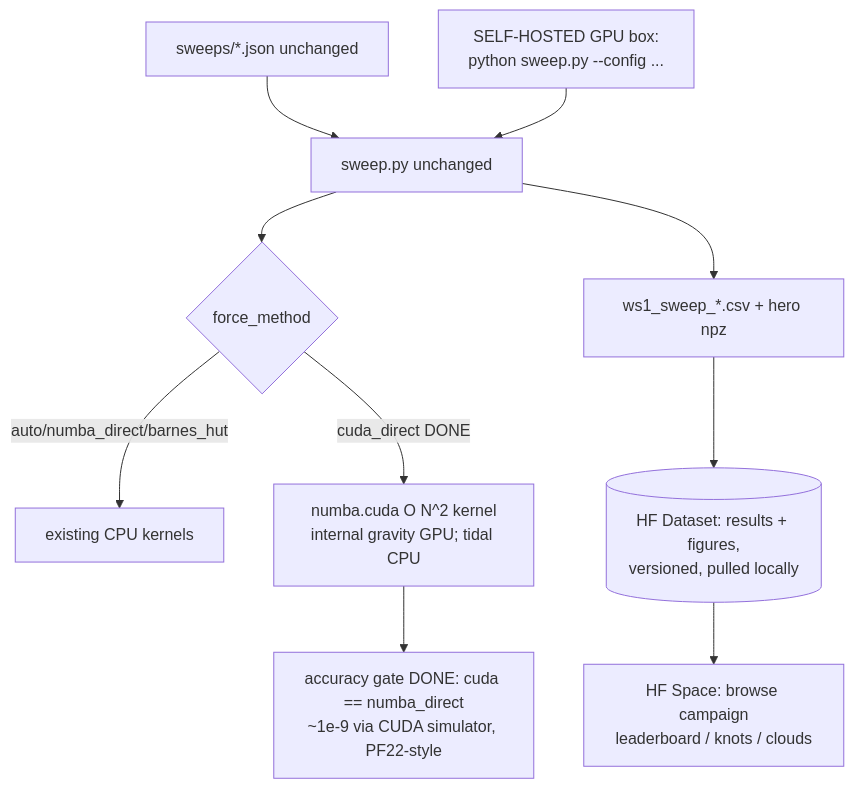
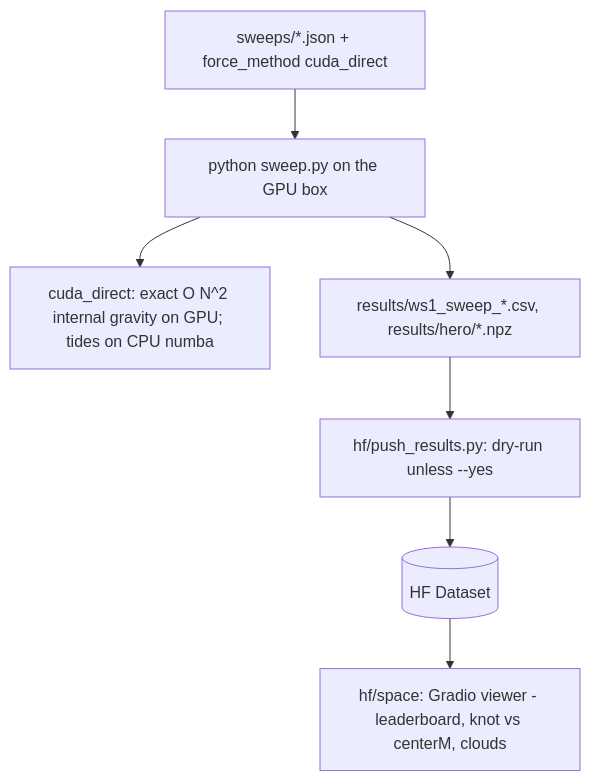
One commit to MartinGamsby/ProgenitorNodeModelCosmology changed the diagram in lode/plans/scale-out-gpu-hf.md. Above: the diagram before and after it, drawn with Mermaid. The commit also changed other lines of this file and 50 other files, not shown here.

````diff
--- a/lode/plans/scale-out-gpu-hf.md
+++ b/lode/plans/scale-out-gpu-hf.md
@@ -42,12 +8,9 @@
 ```mermaid
 graph TD
-    CFG[sweeps/*.json unchanged] --> SW[sweep.py unchanged]
-    SW --> FM{force_method}
-    FM -- auto/numba_direct/barnes_hut --> CPU[existing CPU kernels]
-    FM -- cuda_direct DONE --> CUDA[numba.cuda O N^2 kernel<br/>internal gravity GPU; tidal CPU]
-    CUDA --> GATE[accuracy gate DONE: cuda == numba_direct<br/>~1e-9 via CUDA simulator, PF22-style]
-    SW --> CSV[ws1_sweep_*.csv + hero npz]
-    CSV --> HFDS[(HF Dataset: results + figures,<br/>versioned, pulled locally)]
-    HFDS --> SPACE[HF Space: browse campaign<br/>leaderboard / knots / clouds]
-    JOB[SELF-HOSTED GPU box:<br/>python sweep.py --config ...] --> SW
+    CFG[sweeps/*.json + force_method cuda_direct] --> SW[python sweep.py on the GPU box]
+    SW --> K[cuda_direct: exact O N^2 internal gravity on GPU; tides on CPU numba]
+    SW --> CSV[results/ws1_sweep_*.csv, results/hero/*.npz]
+    CSV --> PUSH[hf/push_results.py: dry-run unless --yes]
+    PUSH --> DS[(HF Dataset)]
+    DS --> SPACE[hf/space: Gradio viewer - leaderboard, knot vs centerM, clouds]
 ```
````
